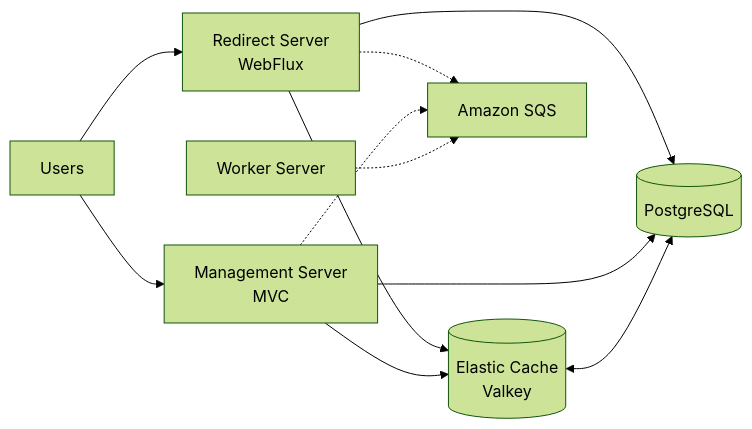
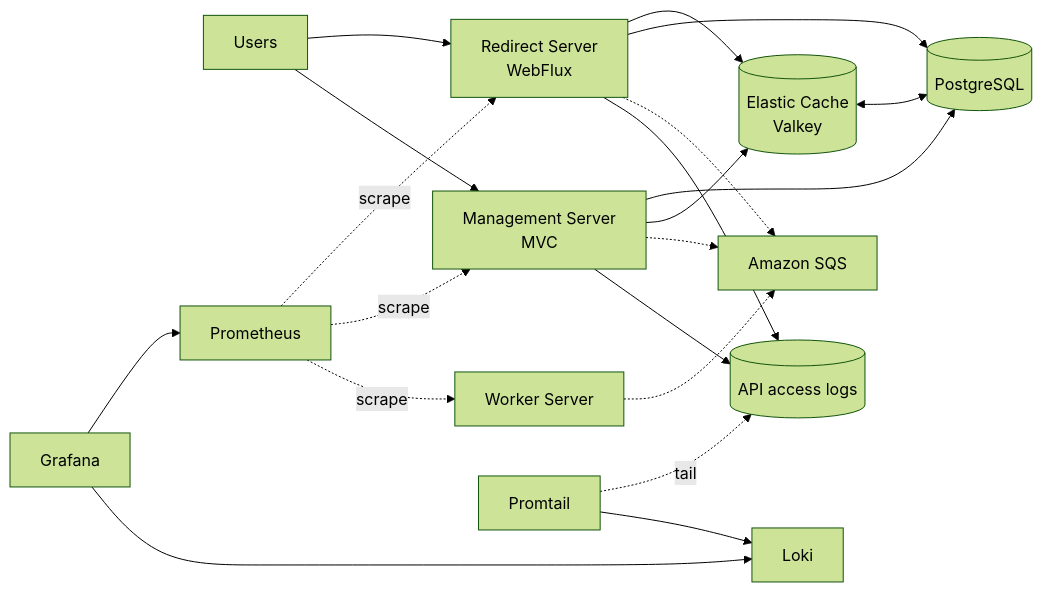
Before and after one commit to eunsoo6788/short-url: the diagram in docs/architecture.md, drawn with Mermaid (forest theme). The commit also changed other lines of this file and 35 other files, not shown here.

````diff
--- a/docs/architecture.md
+++ b/docs/architecture.md
@@ -7,21 +7,35 @@
 ```mermaid
 flowchart LR
     Users[Users]
     Redirect[Redirect Server<br/>WebFlux]
     Management[Management Server<br/>MVC]
     Worker[Worker Server]
     Cache[(Elastic Cache<br/>Valkey)]
     Database[(PostgreSQL)]
     Queue[Amazon SQS]
+    Prometheus[Prometheus]
+    Loki[Loki]
+    Promtail[Promtail]
+    Grafana[Grafana]
+    Logs[(API access logs)]
 
     Users --> Redirect
     Users --> Management
     Redirect --> Cache
     Redirect --> Database
     Redirect -.-> Queue
     Management --> Database
     Management --> Cache
     Management -.-> Queue
     Worker -.-> Queue
     Cache <--> Database
+    Prometheus -. scrape .-> Redirect
+    Prometheus -. scrape .-> Management
+    Prometheus -. scrape .-> Worker
+    Redirect --> Logs
+    Management --> Logs
+    Promtail -. tail .-> Logs
+    Promtail --> Loki
+    Grafana --> Prometheus
+    Grafana --> Loki
 ```
````
